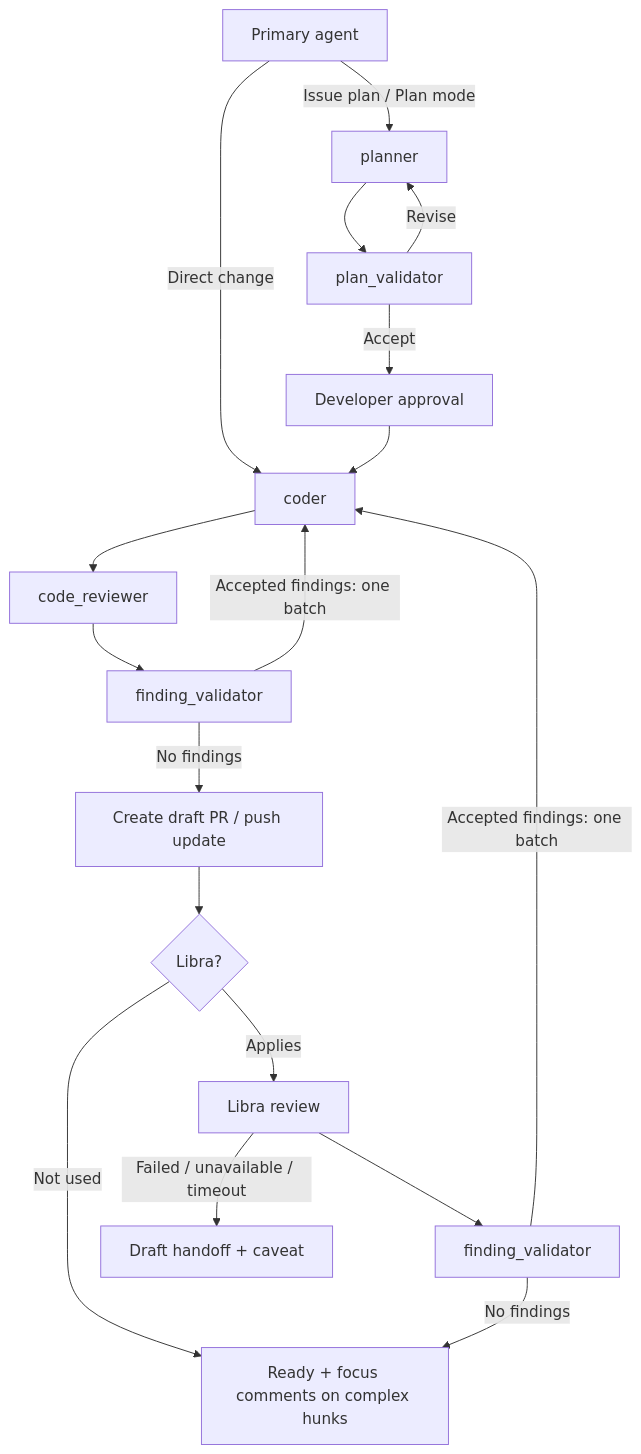
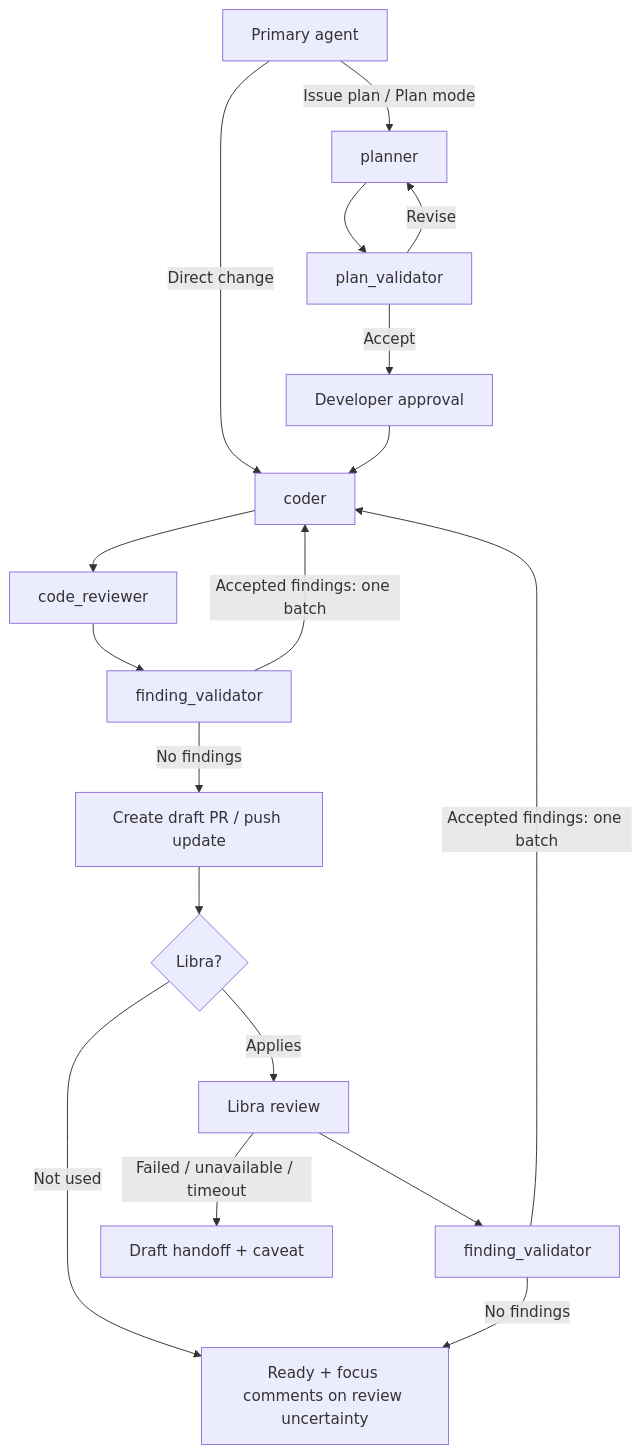
The diagram in README.md (Ikuni17/agent-config), drawn with Mermaid before and after one commit. The commit also changed other lines of this file and 5 other files, not shown here.

First line of the commit message:
Loosen plan sections and source focus comments from review uncertainty (#8)

````diff
--- a/README.md
+++ b/README.md
@@ -25,19 +25,19 @@
 ```mermaid
 flowchart TD
     Main[Primary agent] -->|Issue plan / Plan mode| Planner[planner]
     Main -->|Direct change| Coder[coder]
     Planner --> PlanCheck[plan_validator]
     PlanCheck -->|Revise| Planner
     PlanCheck -->|Accept| Approval[Developer approval]
     Approval --> Coder
     Coder --> Review[code_reviewer] --> LocalCheck[finding_validator]
     LocalCheck -->|Accepted findings: one batch| Coder
     LocalCheck -->|No findings| PR[Create draft PR / push update]
     PR --> UseLibra{Libra?}
-    UseLibra -->|Not used| Ready[Ready + focus comments on complex hunks]
+    UseLibra -->|Not used| Ready[Ready + focus comments on review uncertainty]
     UseLibra -->|Applies| Libra[Libra review]
     Libra --> LibraCheck[finding_validator]
     LibraCheck -->|Accepted findings: one batch| Coder
     LibraCheck -->|No findings| Ready
     Libra -->|Failed / unavailable / timeout| Draft[Draft handoff + caveat]
 ```
````
